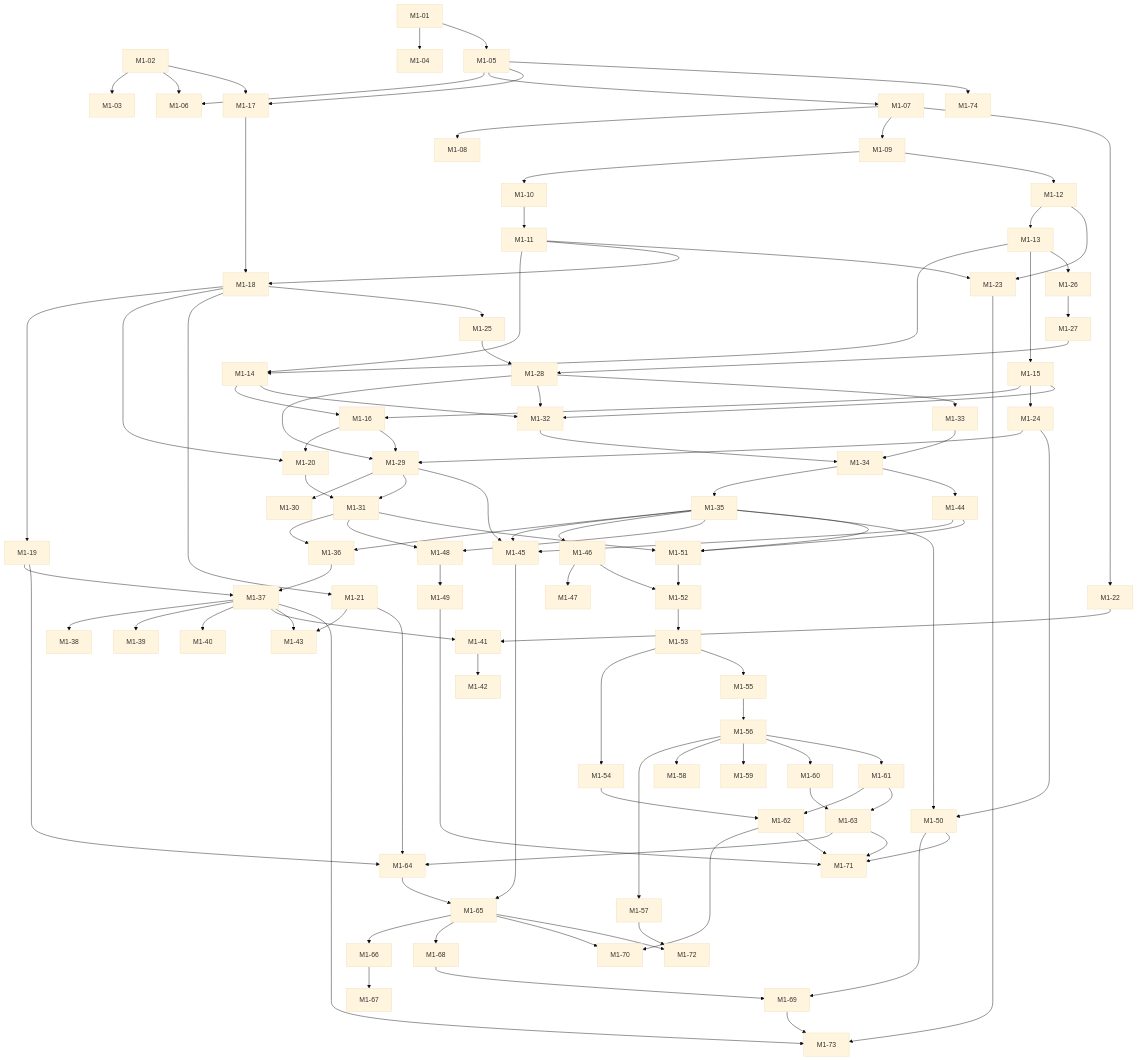
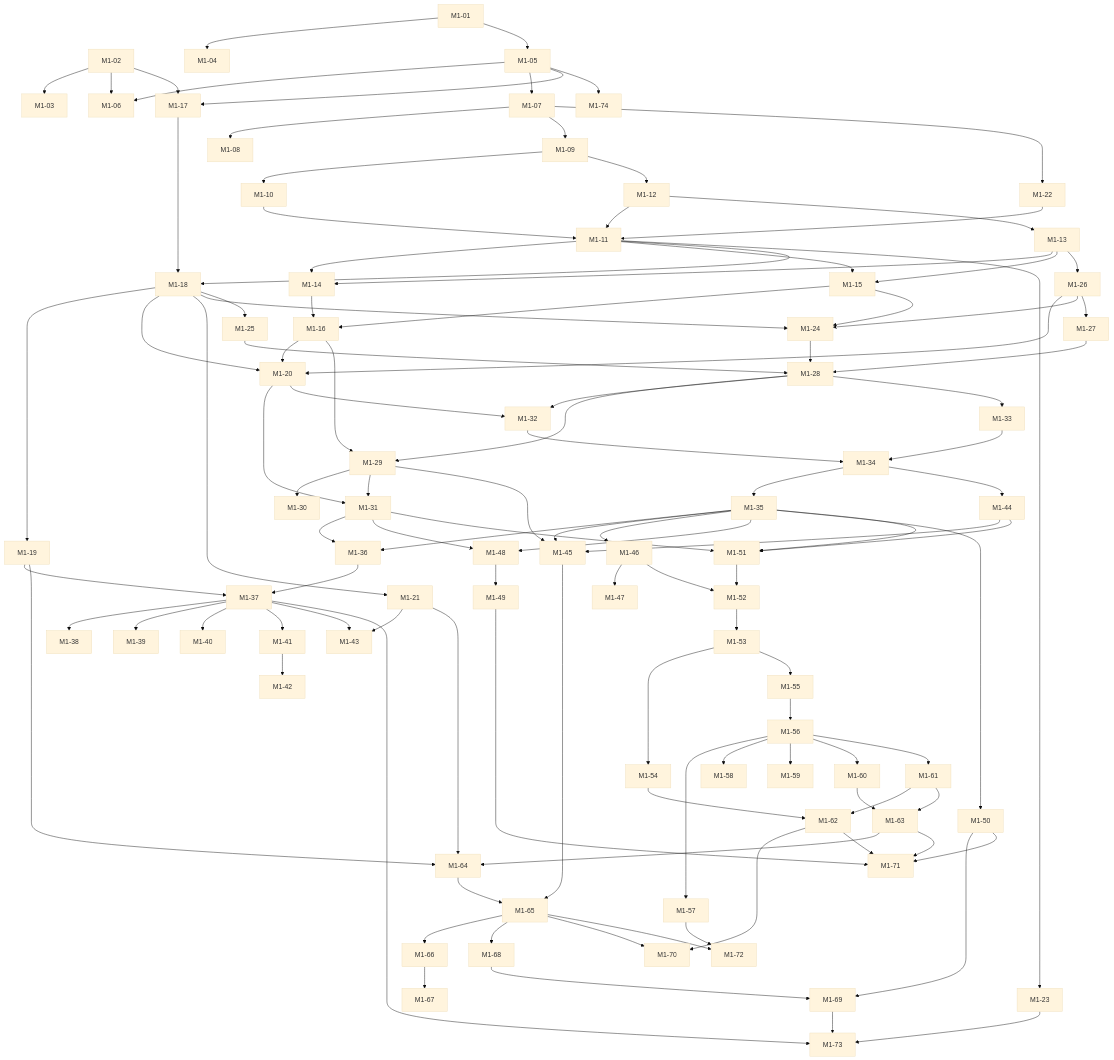
One commit to mguttmann/bothy changed the diagram in docs/briefs/README.md. Above: the diagram before and after it, drawn with Mermaid (base theme). The commit also changed other lines of this file and 48 other files, not shown here.

```diff
--- a/docs/briefs/README.md
+++ b/docs/briefs/README.md
@@ -228,11 +233,14 @@
   M1_07 --> M1_09
   M1_09 --> M1_10
   M1_10 --> M1_11
+  M1_12 --> M1_11
+  M1_22 --> M1_11
   M1_09 --> M1_12
   M1_12 --> M1_13
   M1_11 --> M1_14
   M1_13 --> M1_14
   M1_13 --> M1_15
+  M1_11 --> M1_15
   M1_14 --> M1_16
   M1_15 --> M1_16
   M1_02 --> M1_17
@@ -242,25 +250,26 @@
   M1_18 --> M1_19
   M1_16 --> M1_20
   M1_18 --> M1_20
+  M1_26 --> M1_20
   M1_18 --> M1_21
   M1_07 --> M1_22
   M1_11 --> M1_23
-  M1_12 --> M1_23
   M1_15 --> M1_24
+  M1_18 --> M1_24
+  M1_26 --> M1_24
   M1_18 --> M1_25
   M1_13 --> M1_26
   M1_26 --> M1_27
   M1_25 --> M1_28
   M1_27 --> M1_28
+  M1_24 --> M1_28
   M1_16 --> M1_29
-  M1_24 --> M1_29
   M1_28 --> M1_29
   M1_29 --> M1_30
   M1_20 --> M1_31
   M1_29 --> M1_31
-  M1_14 --> M1_32
-  M1_15 --> M1_32
   M1_28 --> M1_32
+  M1_20 --> M1_32
   M1_28 --> M1_33
   M1_32 --> M1_34
   M1_33 --> M1_34
@@ -272,7 +281,6 @@
   M1_37 --> M1_38
   M1_37 --> M1_39
   M1_37 --> M1_40
-  M1_22 --> M1_41
   M1_37 --> M1_41
   M1_41 --> M1_42
   M1_21 --> M1_43
@@ -286,7 +294,6 @@
   M1_31 --> M1_48
   M1_35 --> M1_48
   M1_48 --> M1_49
-  M1_24 --> M1_50
   M1_35 --> M1_50
   M1_31 --> M1_51
   M1_35 --> M1_51
```
